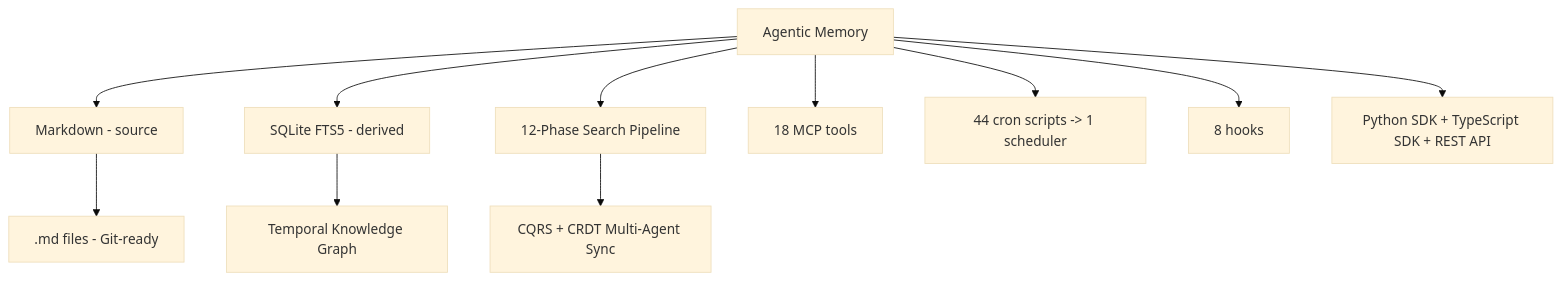
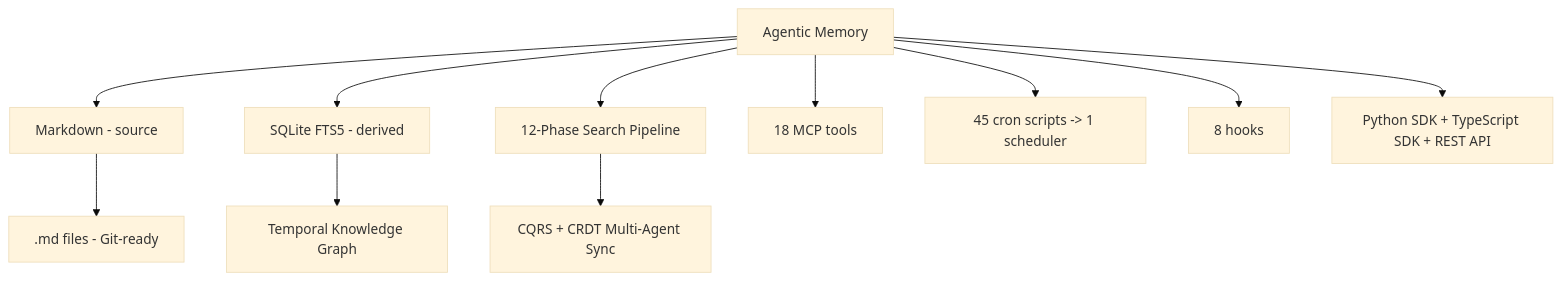
Before and after one commit to ArkaAiAdmin/Agentic-Memory: the diagram in README.md, drawn with Mermaid (base theme). The commit also changed 10 other files, not shown here.

````diff
--- a/README.md
+++ b/README.md
@@ -23,13 +23,13 @@
 ```mermaid
 graph TD
     A[Agentic Memory] --> B[Markdown - source]
     A --> C[SQLite FTS5 - derived]
     A --> D[12-Phase Search Pipeline]
     B --> E[.md files - Git-ready]
     C --> F[Temporal Knowledge Graph]
     D --> G[CQRS + CRDT Multi-Agent Sync]
     A --> H[18 MCP tools]
-    A --> I[44 cron scripts -> 1 scheduler]
+    A --> I[45 cron scripts -> 1 scheduler]
     A --> J[8 hooks]
     A --> K[Python SDK + TypeScript SDK + REST API]
 ```
````
